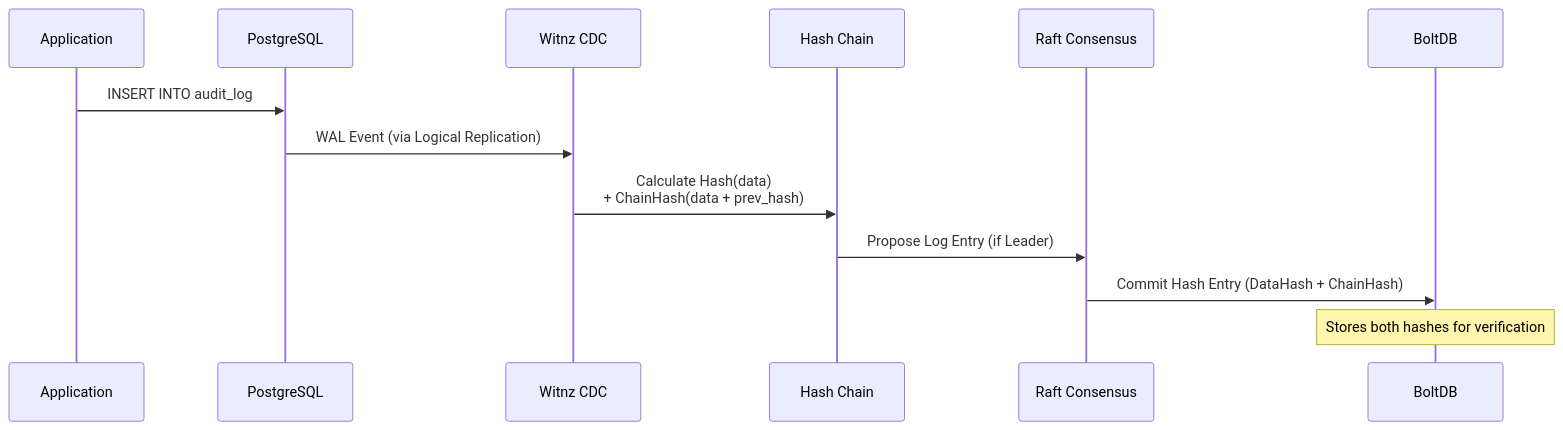
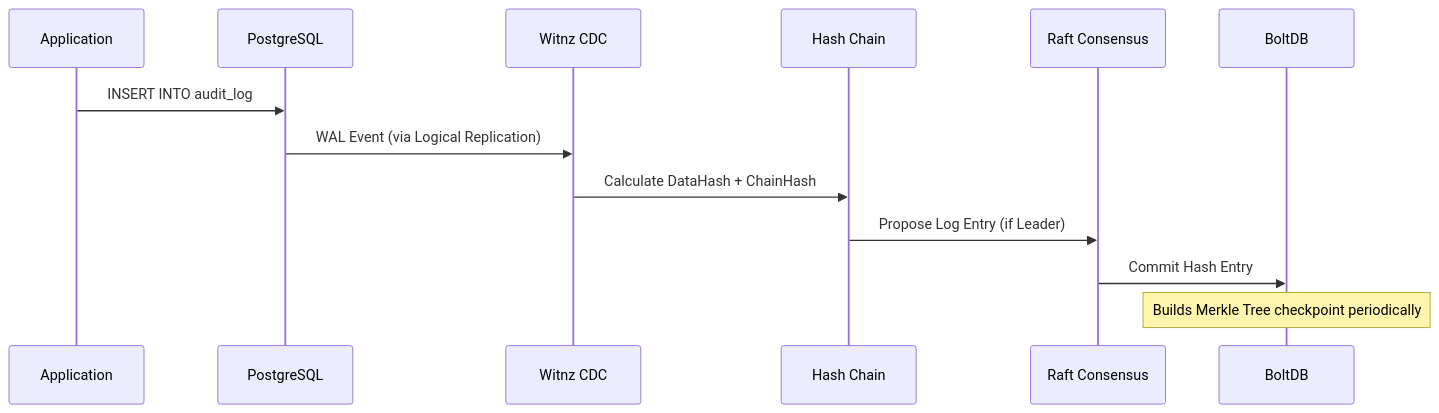
Before and after one commit to Anes1032/witnz: the second of 4 diagrams in README.md, drawn with Mermaid. The commit also changed other lines of this file and 6 other files, not shown here.

````diff
--- a/README.md
+++ b/README.md
@@ -99,16 +102,16 @@
 ```mermaid
 sequenceDiagram
     participant App as Application
     participant PG as PostgreSQL
     participant CDC as Witnz CDC
     participant Hash as Hash Chain
     participant Raft as Raft Consensus
     participant Storage as BoltDB
 
     App->>PG: INSERT INTO audit_log
     PG->>CDC: WAL Event (via Logical Replication)
-    CDC->>Hash: Calculate Hash(data)<br/>+ ChainHash(data + prev_hash)
+    CDC->>Hash: Calculate DataHash + ChainHash
     Hash->>Raft: Propose Log Entry (if Leader)
-    Raft->>Storage: Commit Hash Entry (DataHash + ChainHash)
-    Note over Storage: Stores both hashes for verification
+    Raft->>Storage: Commit Hash Entry
+    Note over Storage: Builds Merkle Tree checkpoint periodically
 ```
````
